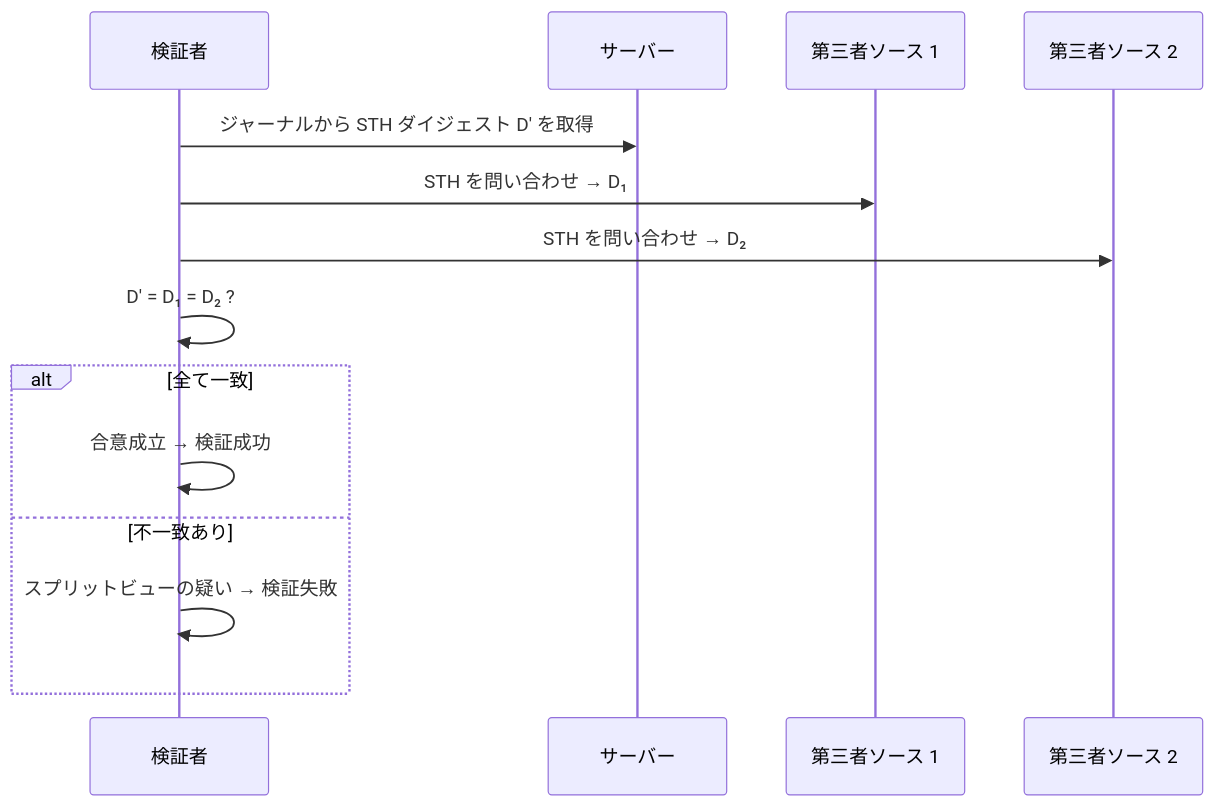
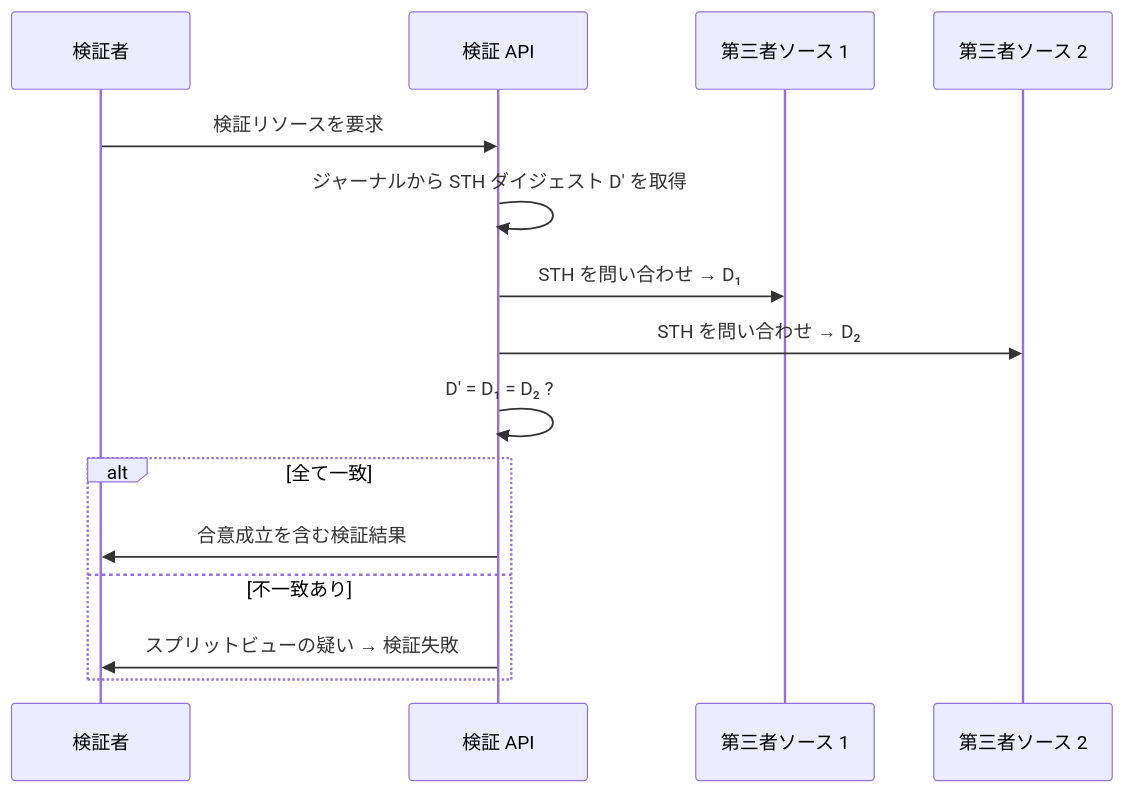
Before and after one commit to hwatanabe-jp/stark-ballot-simulator-public: the third of 3 diagrams in public-book/src/protocol/sth-digest.md, drawn with Mermaid. The commit also changed other lines of this file and 1001 other files, not shown here.

````diff
--- a/public-book/src/protocol/sth-digest.md
+++ b/public-book/src/protocol/sth-digest.md
@@ -94,17 +94,18 @@
 ```mermaid
 sequenceDiagram
     participant V as 検証者
-    participant S as サーバー
+    participant S as 検証 API
     participant T1 as 第三者ソース 1
     participant T2 as 第三者ソース 2
 
-    V->>S: ジャーナルから STH ダイジェスト D' を取得
-    V->>T1: STH を問い合わせ → D₁
-    V->>T2: STH を問い合わせ → D₂
-    V->>V: D' = D₁ = D₂ ?
+    V->>S: 検証リソースを要求
+    S->>S: ジャーナルから STH ダイジェスト D' を取得
+    S->>T1: STH を問い合わせ → D₁
+    S->>T2: STH を問い合わせ → D₂
+    S->>S: D' = D₁ = D₂ ?
     alt 全て一致
-        V->>V: 合意成立 → 検証成功
+        S->>V: 合意成立を含む検証結果
     else 不一致あり
-        V->>V: スプリットビューの疑い → 検証失敗
+        S->>V: スプリットビューの疑い → 検証失敗
     end
 ```
````
